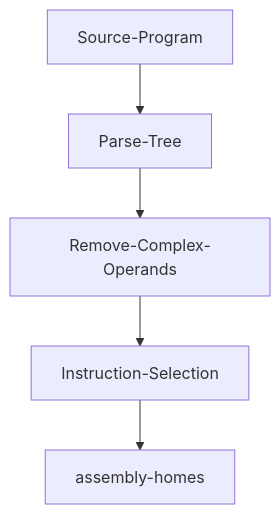
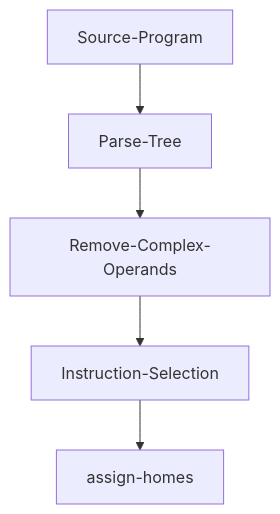
One commit to Jobhdez/core changed the diagram in README.md. Above: the diagram before and after it, drawn with Mermaid.

````diff
--- a/README.md
+++ b/README.md
@@ -33,7 +33,7 @@
 ```mermaid
 graph TD;
     Source-Program-->Parse-Tree;
     Parse-Tree-->Remove-Complex-Operands;
     Remove-Complex-Operands-->Instruction-Selection;
-    Instruction-Selection-->assembly-homes;
+    Instruction-Selection-->assign-homes;
 ```
````
